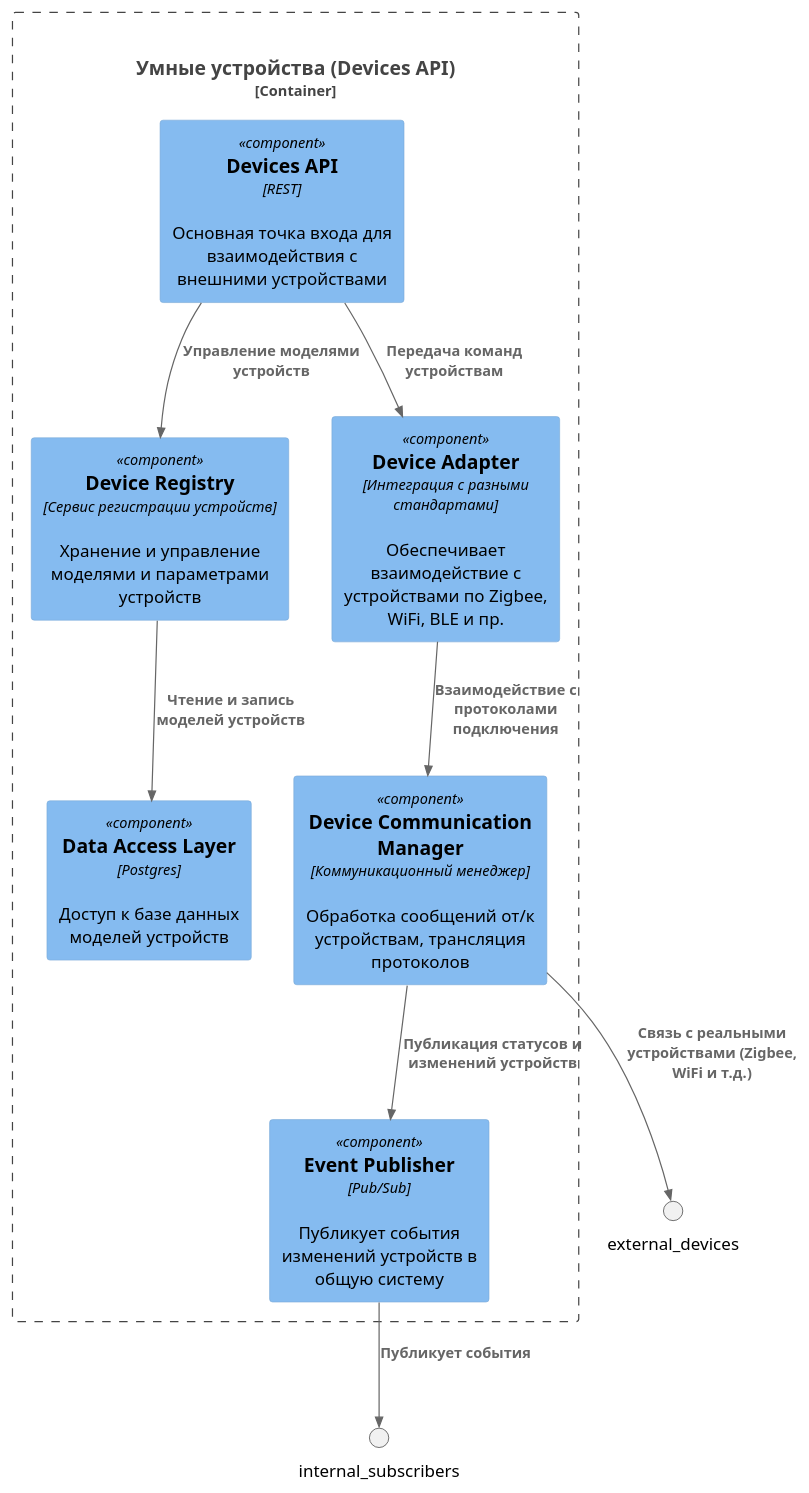
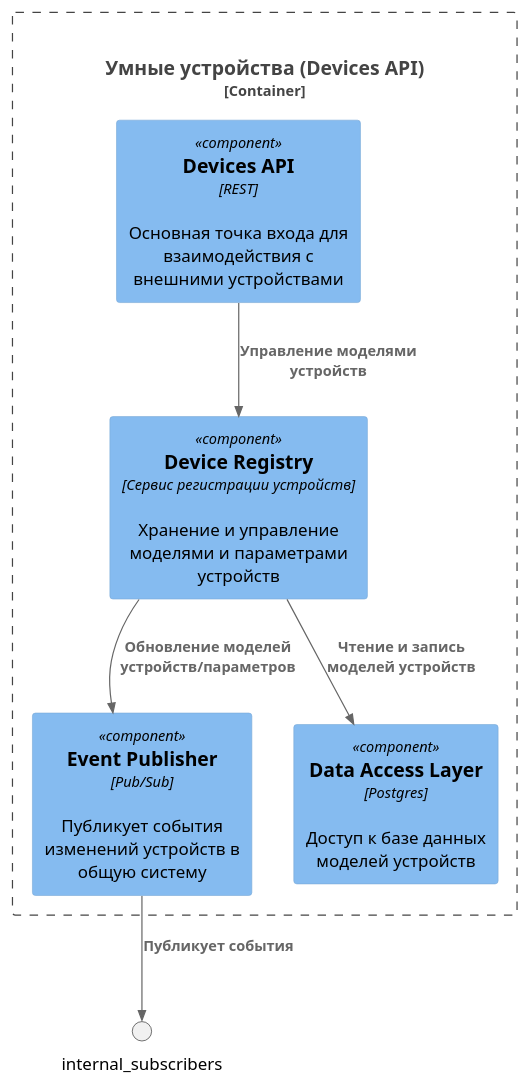
One commit to Savonaro1a/architecture-warmhouse changed the diagram in docs/devices_container.puml. Above: the diagram before and after it, drawn with PlantUML. The commit also changed 7 other files, not shown here.

Commit message:
code, ER, OpenAPI auth

```diff
--- a/docs/devices_container.puml
+++ b/docs/devices_container.puml
@@ -1,25 +1,20 @@
 @startuml
 !include <C4/C4_Container>
 !include <C4/C4_Context.puml>
 !include <C4/C4_Container.puml>
 !include <C4/C4_Component.puml>
 !include <C4/C4.puml>
 !include https://raw.githubusercontent.com/plantuml-stdlib/C4-PlantUML/master/C4_Component.puml
 
 Container_Boundary(devices, "Умные устройства (Devices API)") {
   Component(api, "Devices API", "REST", "Основная точка входа для взаимодействия с внешними устройствами")
   Component(device_registry, "Device Registry", "Сервис регистрации устройств", "Хранение и управление моделями и параметрами устройств")
-  Component(device_adapter, "Device Adapter", "Интеграция с разными стандартами", "Обеспечивает взаимодействие с устройствами по Zigbee, WiFi, BLE и пр.")
-  Component(device_comm_manager, "Device Communication Manager", "Коммуникационный менеджер", "Обработка сообщений от/к устройствам, трансляция протоколов")
   Component(device_event_publisher, "Event Publisher", "Pub/Sub", "Публикует события изменений устройств в общую систему")
   Component(db_access, "Data Access Layer", "Postgres", "Доступ к базе данных моделей устройств")
 }
 
 Rel(api, device_registry, "Управление моделями устройств")
-Rel(api, device_adapter, "Передача команд устройствам")
-Rel(device_adapter, device_comm_manager, "Взаимодействие с протоколами подключения")
-Rel(device_comm_manager, external_devices, "Связь с реальными устройствами (Zigbee, WiFi и т.д.)")
+Rel(device_registry, device_event_publisher, "Обновление моделей устройств/параметров")
 Rel(device_registry, db_access, "Чтение и запись моделей устройств")
-Rel(device_comm_manager, device_event_publisher, "Публикация статусов и изменений устройств")
 Rel(device_event_publisher, internal_subscribers, "Публикует события")
 @enduml
```
